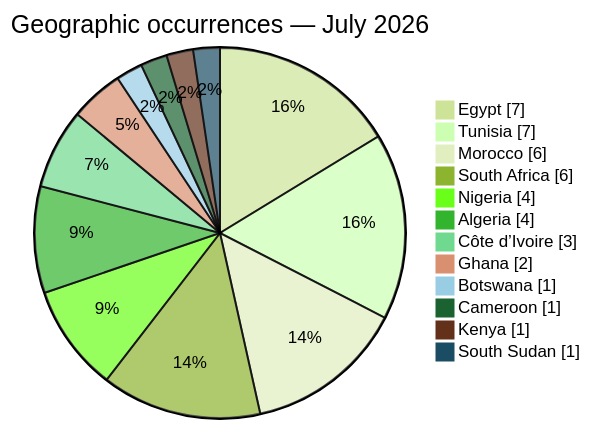
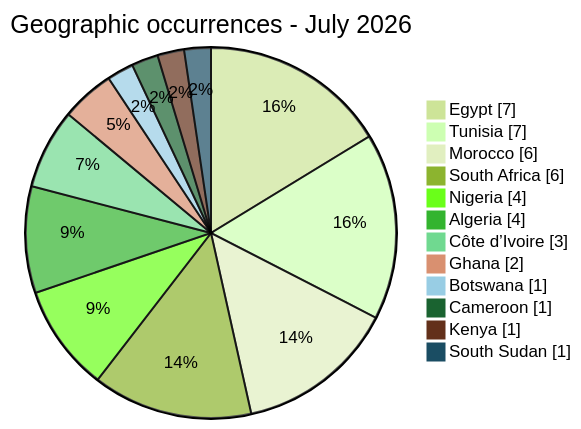
One commit to Hatchepsoute/AFRINTEL changed the diagram in CyberAttackAfrica/2026/07-july/README.md. Above: the diagram before and after it, drawn with Mermaid (forest theme). The commit also changed other lines of this file and 6 other files, not shown here.

````diff
--- a/CyberAttackAfrica/2026/07-july/README.md
+++ b/CyberAttackAfrica/2026/07-july/README.md
@@ -45,16 +45,16 @@
 ```mermaid
 pie showData
-    title Geographic occurrences — July 2026
+    title Geographic occurrences - July 2026
     "Egypt" : 7
     "Tunisia" : 7
     "Morocco" : 6
     "South Africa" : 6
     "Nigeria" : 4
     "Algeria" : 4
     "Côte d’Ivoire" : 3
     "Ghana" : 2
     "Botswana" : 1
     "Cameroon" : 1
     "Kenya" : 1
     "South Sudan" : 1
 ```
````
